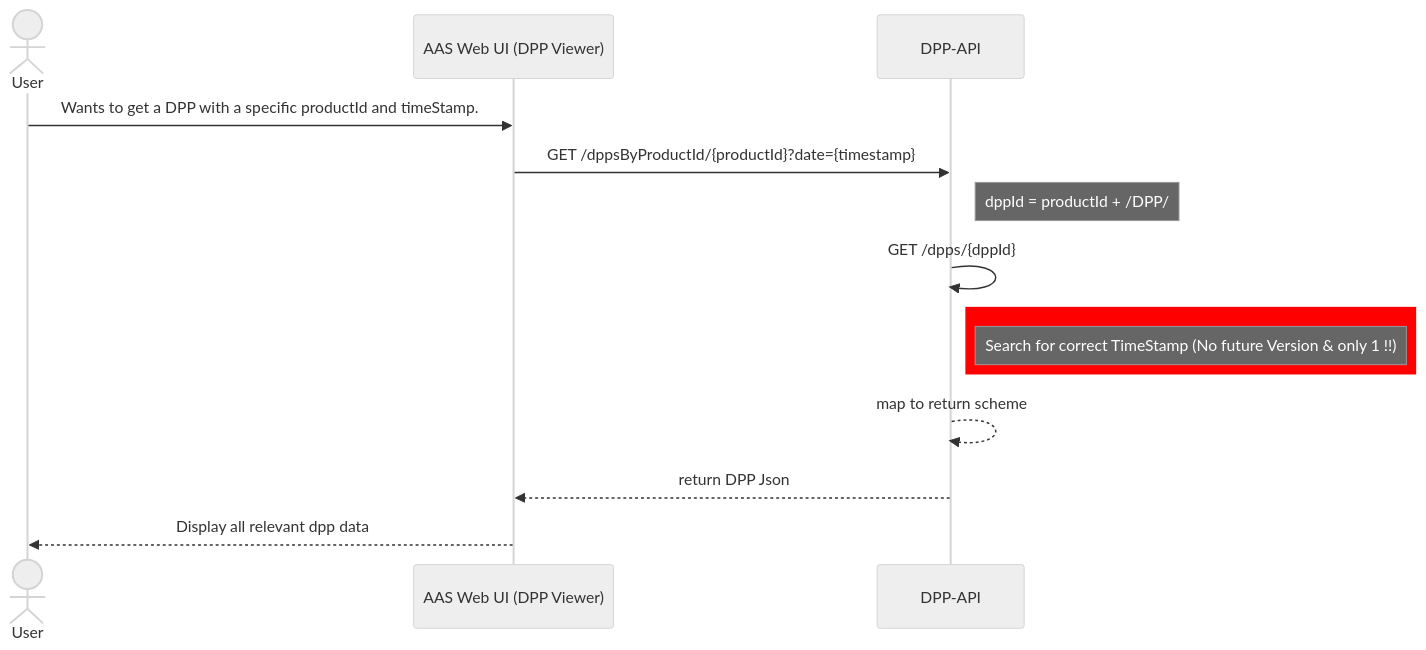
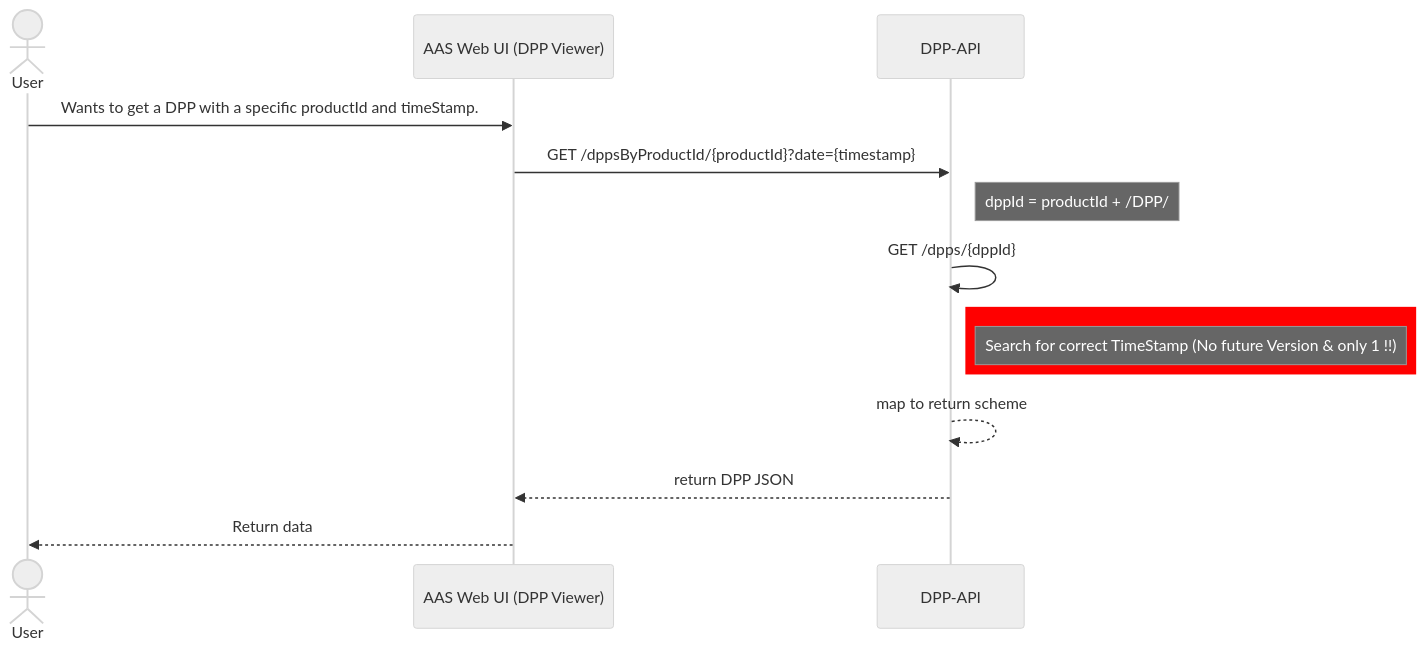
One commit to DHBW-TINF24F/Team6-BaSyx-DPP-API changed the sixth of 10 diagrams in PROJECT/SAS/mapping/mapping.md. Above: the diagram before and after it, drawn with Mermaid (neutral theme). The commit also changed other lines of this file and 3 other files, not shown here.

````diff
--- a/PROJECT/SAS/mapping/mapping.md
+++ b/PROJECT/SAS/mapping/mapping.md
@@ -239,18 +244,18 @@
 ```mermaid
 sequenceDiagram
   actor User
   participant Web as AAS Web UI (DPP Viewer)
   participant API as DPP-API
 
   User->>Web: Wants to get a DPP with a specific productId and timeStamp.
   Web->>API: GET /dppsByProductId/{productId}?date={timestamp}
   Note right of API: dppId = productId + /DPP/
   API->>API: GET /dpps/{dppId}
   rect red
     Note right of API: Search for correct TimeStamp (No future Version & only 1 !!)
   end
   API-->>API: map to return scheme
 
-  API-->>Web: return DPP Json
-  Web-->>User: Display all relevant dpp data
+  API-->>Web: return DPP JSON
+  Web-->>User: Return data
 ```
````
